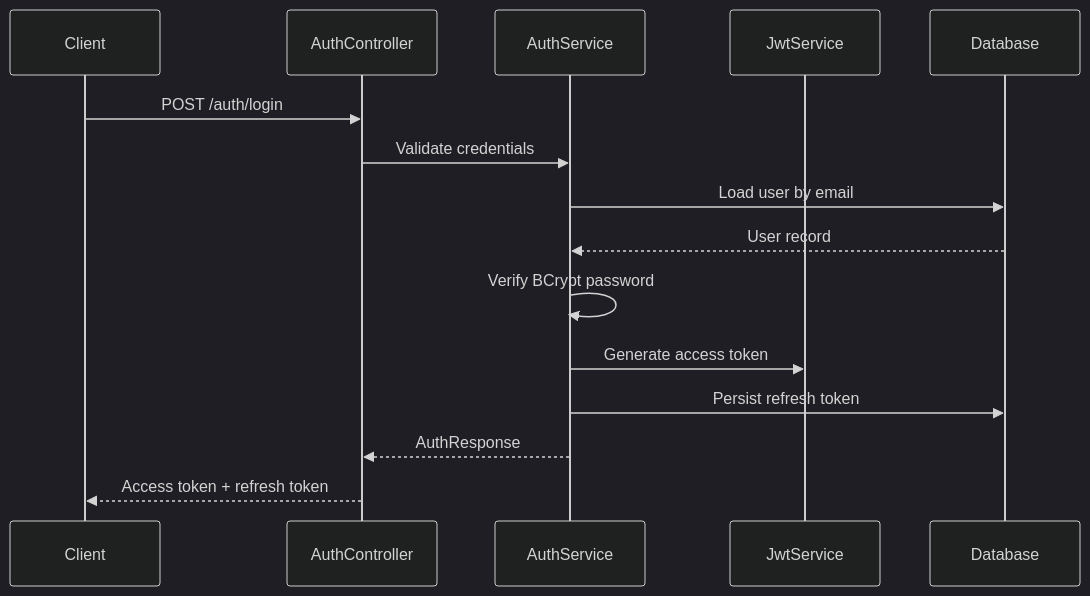
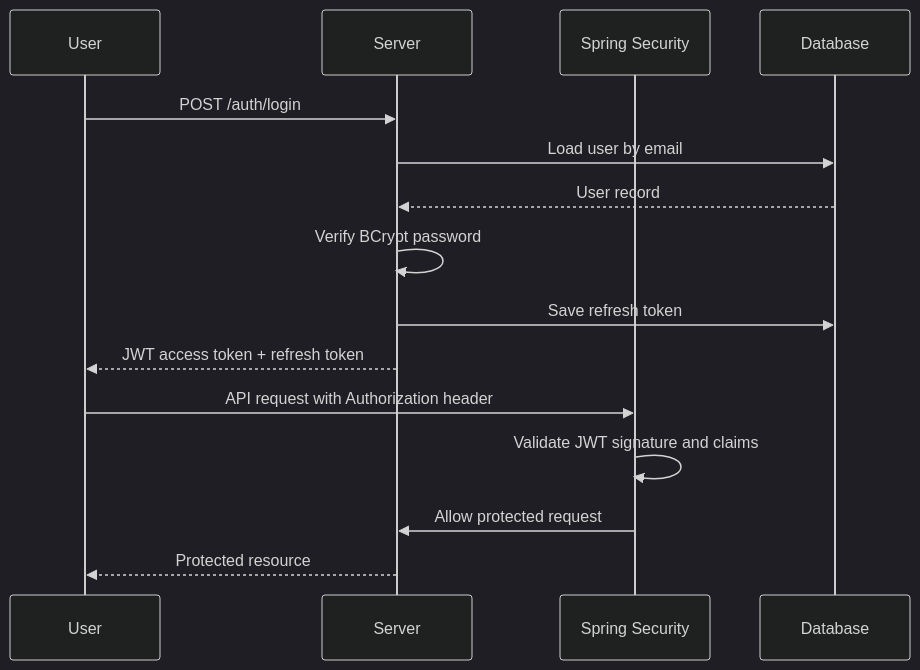
Before and after one commit to virendrasonar/Jwt-Authentication-System: the second of 3 diagrams in README.md, drawn with Mermaid (dark theme). The commit also changed other lines of this file, not shown here.

````diff
--- a/README.md
+++ b/README.md
@@ -132,18 +208,18 @@
 ```mermaid
 sequenceDiagram
-    participant Client
-    participant AuthController
-    participant AuthService
-    participant JwtService
+    participant User
+    participant Server
+    participant Security as Spring Security
     participant Database
 
-    Client->>AuthController: POST /auth/login
-    AuthController->>AuthService: Validate credentials
-    AuthService->>Database: Load user by email
-    Database-->>AuthService: User record
-    AuthService->>AuthService: Verify BCrypt password
-    AuthService->>JwtService: Generate access token
-    AuthService->>Database: Persist refresh token
-    AuthService-->>AuthController: AuthResponse
-    AuthController-->>Client: Access token + refresh token
+    User->>Server: POST /auth/login
+    Server->>Database: Load user by email
+    Database-->>Server: User record
+    Server->>Server: Verify BCrypt password
+    Server->>Database: Save refresh token
+    Server-->>User: JWT access token + refresh token
+    User->>Security: API request with Authorization header
+    Security->>Security: Validate JWT signature and claims
+    Security->>Server: Allow protected request
+    Server-->>User: Protected resource
 ```
````
